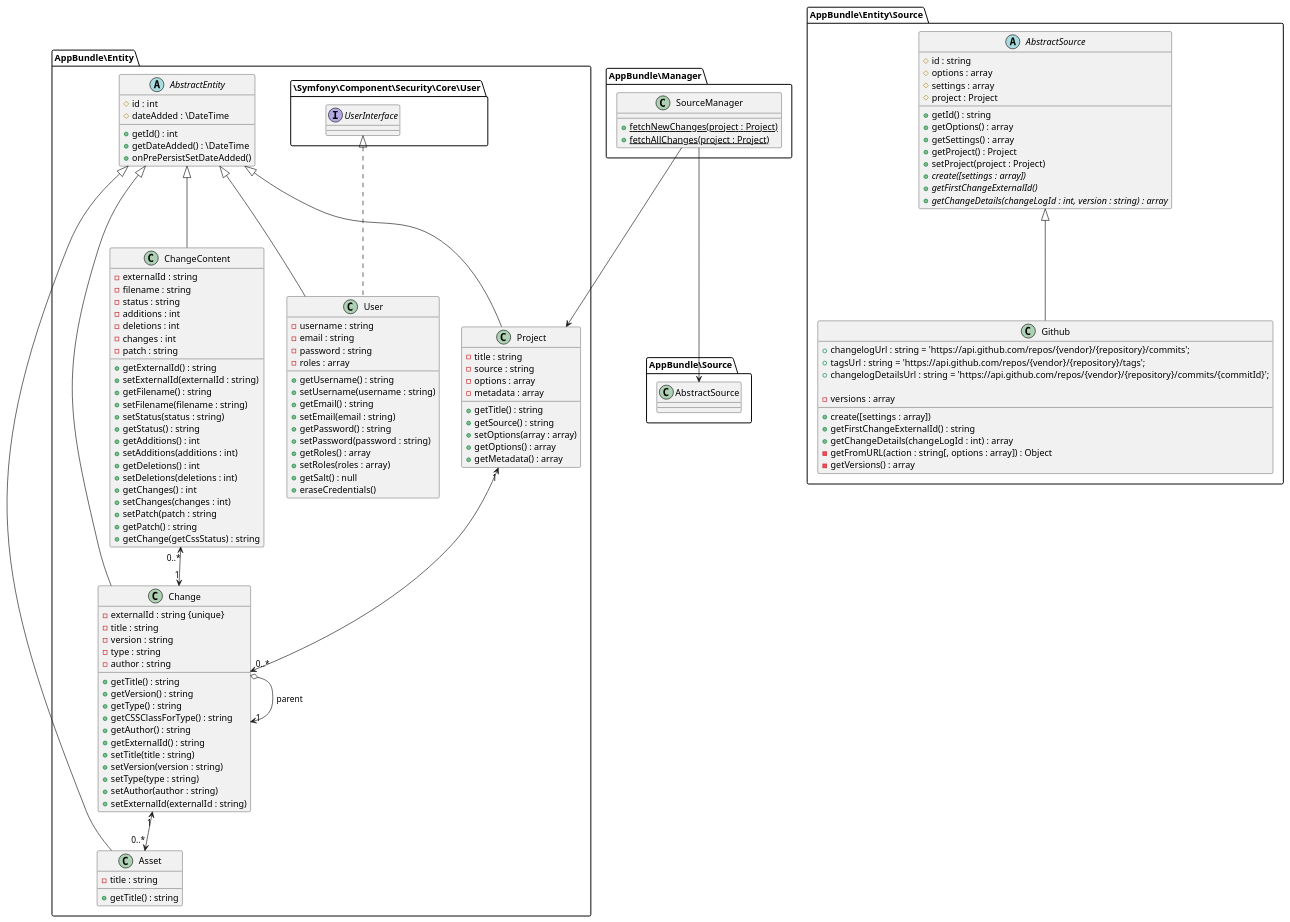
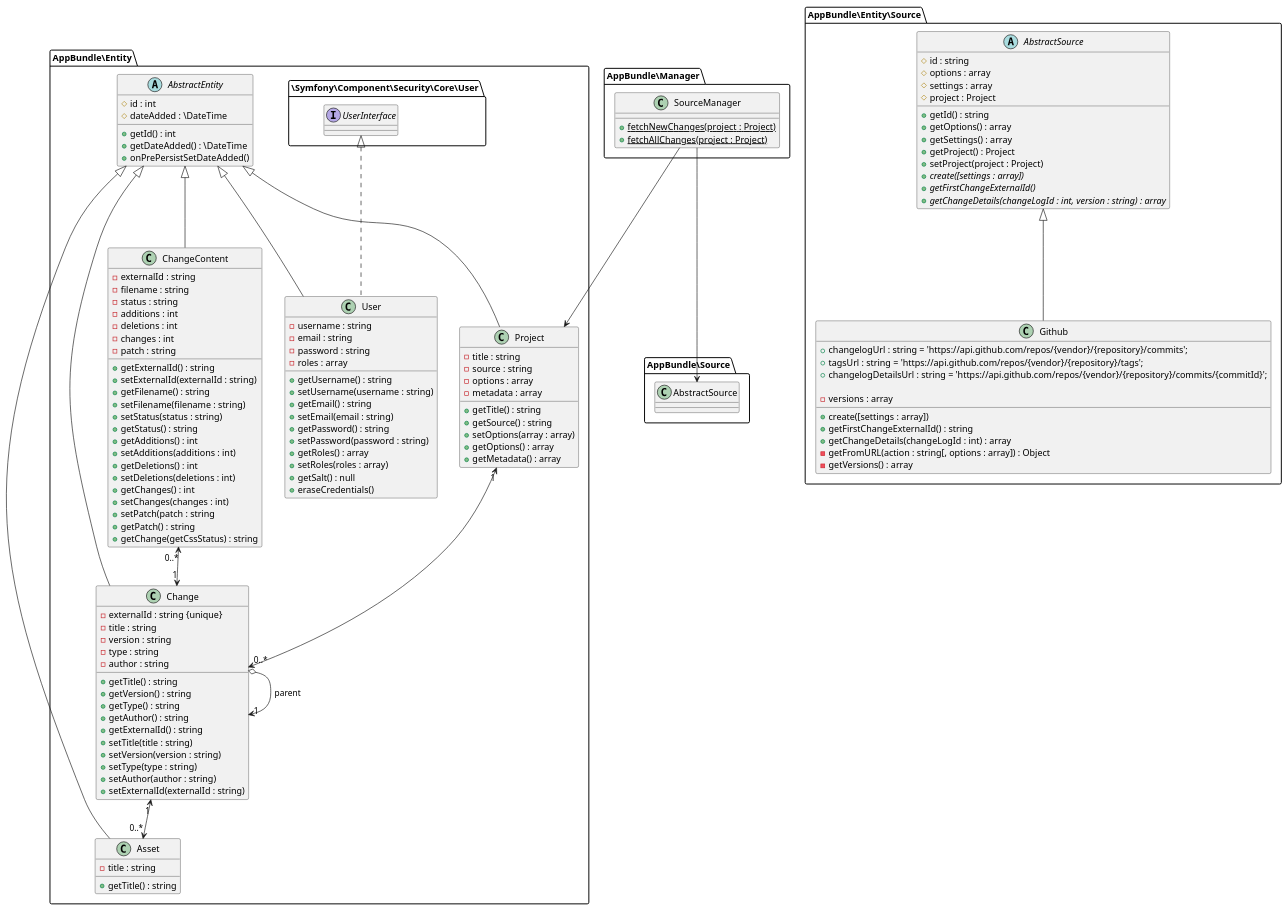
Before and after one commit to saitho/changebrowser: the diagram in src/AppBundle/Documentation/entities.puml, drawn with PlantUML. The commit also changed 10 other files, not shown here.

```diff
--- a/src/AppBundle/Documentation/entities.puml
+++ b/src/AppBundle/Documentation/entities.puml
@@ -1,133 +1,132 @@
 @startuml
 
 AppBundle\Manager.SourceManager --> AppBundle\Entity.Project
 AppBundle\Manager.SourceManager --> AppBundle\Source.AbstractSource
 
 namespace AppBundle\Manager {
     class SourceManager {
         + {static} fetchNewChanges(project : Project)
         + {static} fetchAllChanges(project : Project)
     }
 }
 
 namespace AppBundle\Entity\Source {
     abstract class AbstractSource {
         # id : string
         # options : array
         # settings : array
         # project : Project
         + getId() : string
         + getOptions() : array
         + getSettings() : array
         + getProject() : Project
         + setProject(project : Project)
         {abstract} + create([settings : array])
         {abstract} + getFirstChangeExternalId()
         {abstract} + getChangeDetails(changeLogId : int, version : string) : array
     }
     class Github extends AbstractSource {
         + changelogUrl : string = 'https://api.github.com/repos/{vendor}/{repository}/commits';
 	    + tagsUrl : string = 'https://api.github.com/repos/{vendor}/{repository}/tags';
 	    + changelogDetailsUrl : string = 'https://api.github.com/repos/{vendor}/{repository}/commits/{commitId}';
 
         + create([settings : array])
         + getFirstChangeExternalId() : string
         + getChangeDetails(changeLogId : int) : array
         - getFromURL(action : string[, options : array]) : Object
         - versions : array
         - getVersions() : array
     }
 }
 
 namespace AppBundle\Entity {
     abstract class AbstractEntity {
         # id : int
         # dateAdded : \DateTime
         + getId() : int
         + getDateAdded() : \DateTime
         + onPrePersistSetDateAdded()
     }
     class Asset extends AbstractEntity {
         - title : string
         + getTitle() : string
     }
     class Change extends AbstractEntity {
         - externalId : string {unique}
         - title : string
         - version : string
         - type : string
         - author : string
         + getTitle() : string
         + getVersion() : string
         + getType() : string
-        + getCSSClassForType() : string
         + getAuthor() : string
         + getExternalId() : string
         + setTitle(title : string)
         + setVersion(version : string)
         + setType(type : string)
         + setAuthor(author : string)
         + setExternalId(externalId : string)
     }
     Change o-> "1" Change : parent
     class ChangeContent extends AbstractEntity {
     	- externalId : string
     	+ getExternalId() : string
     	+ setExternalId(externalId : string)
     	- filename : string
     	+ getFilename() : string
     	+ setFilename(filename : string)
     	- status : string
     	+ setStatus(status : string)
     	+ getStatus() : string
     	- additions : int
     	+ getAdditions() : int
     	+ setAdditions(additions : int)
     	- deletions : int
     	+ getDeletions() : int
     	+ setDeletions(deletions : int)
     	- changes : int
     	+ getChanges() : int
     	+ setChanges(changes : int)
     	- patch : string
     	+ setPatch(patch : string
     	+ getPatch() : string
     	+ getChange(getCssStatus) : string
     }
 
     ChangeContent "0..*" <--> "1" Change
 
     class Project extends AbstractEntity {
         - title : string
         - source : string
         - options : array
         - metadata : array
         + getTitle() : string
         + getSource() : string
         + setOptions(array : array)
         + getOptions() : array
         + getMetadata() : array
     }
     class User extends AbstractEntity implements \Symfony\Component\Security\Core\User.UserInterface {
         - username : string
         - email : string
         - password : string
         - roles : array
         + getUsername() : string
         + setUsername(username : string)
         + getEmail() : string
         + setEmail(email : string)
         + getPassword() : string
         + setPassword(password : string)
         + getRoles() : array
         + setRoles(roles : array)
         + getSalt() : null
         + eraseCredentials()
     }
 
     Change "1" <--> "0..*" Asset
     Project "1" <--> "0..*" Change
 }
 
 
 @enduml
```
